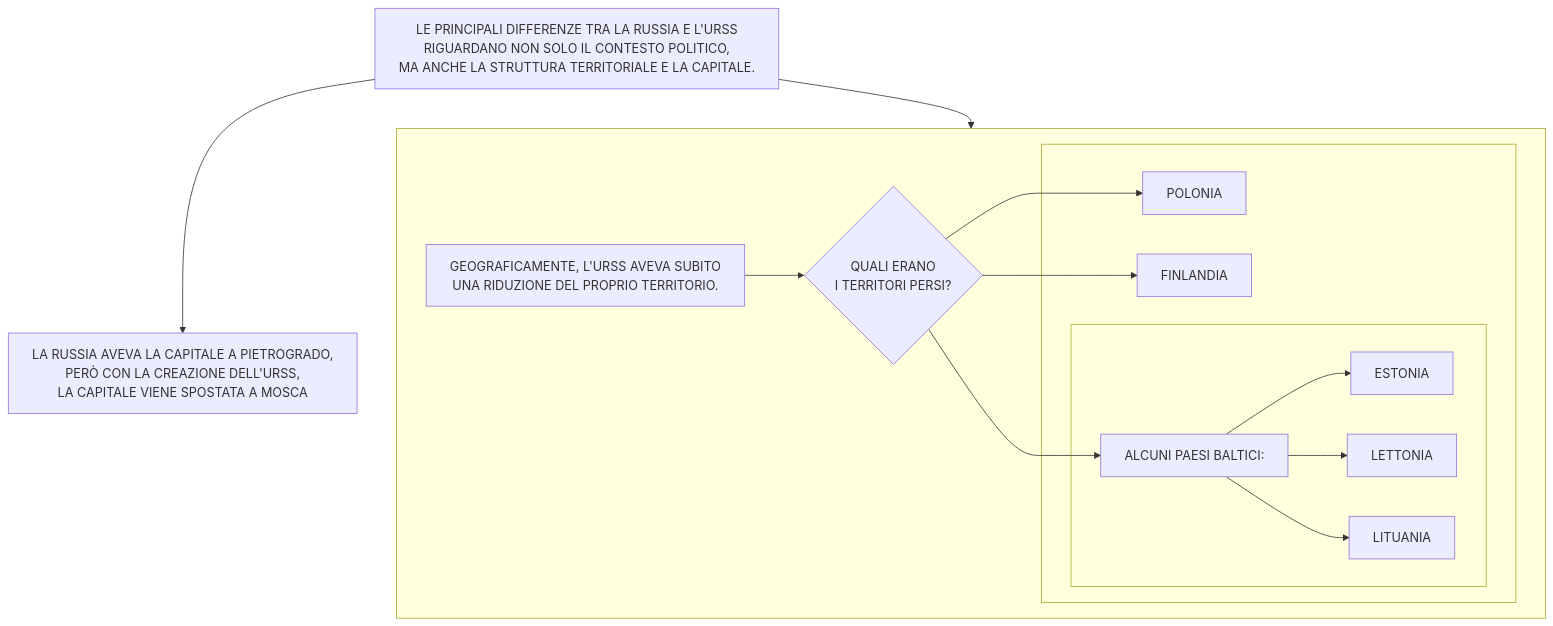
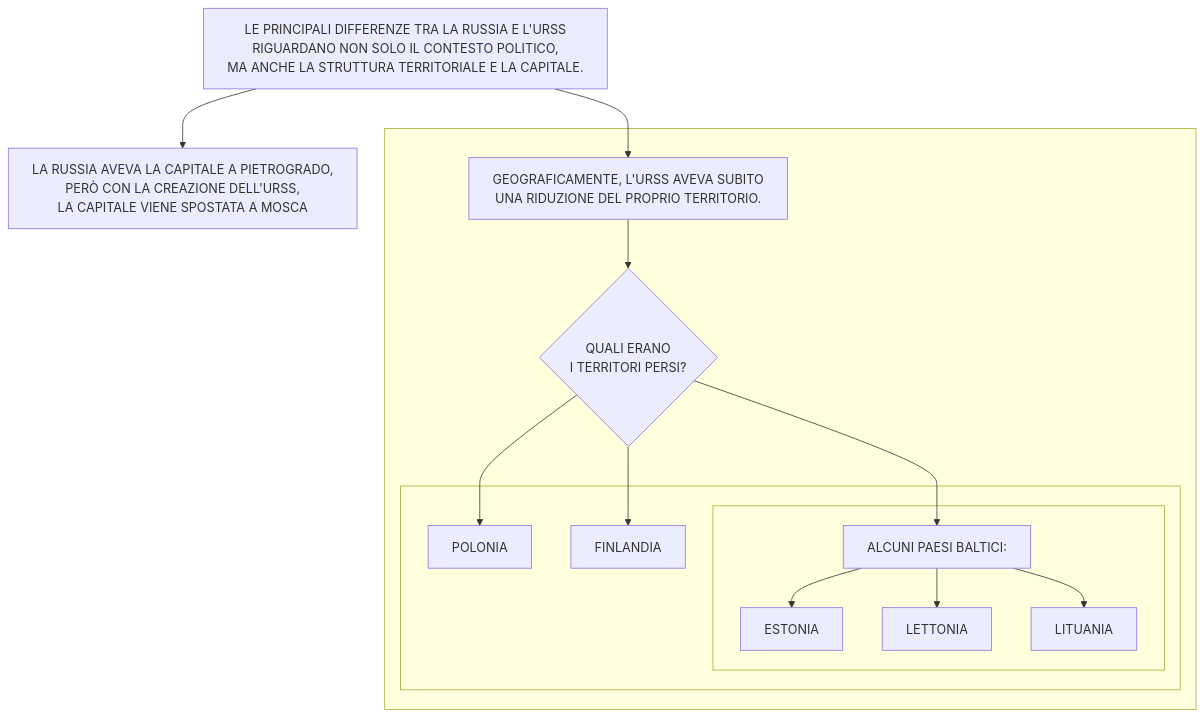
Before and after one commit to Laaouatni/ricerca-storia-MermaidJS: diagram 13 of 13 in stalinismoRiscrittura.md, drawn with Mermaid.

````diff
--- a/stalinismoRiscrittura.md
+++ b/stalinismoRiscrittura.md
@@ -243,25 +243,25 @@
 ```mermaid
 %%{init: { "flowchart": { "wrappingWidth": 800 } }}%%
 flowchart TB
   0[LE PRINCIPALI DIFFERENZE TRA LA RUSSIA E L'URSS <br> RIGUARDANO NON SOLO IL CONTESTO POLITICO, <br>MA ANCHE LA STRUTTURA TERRITORIALE E LA CAPITALE.]
   1[LA RUSSIA AVEVA LA CAPITALE A PIETROGRADO, <BR>PERÒ CON LA CREAZIONE DELL'URSS, <BR>LA CAPITALE VIENE SPOSTATA A MOSCA]
   subgraph 3[" "]
     2[GEOGRAFICAMENTE, L'URSS AVEVA SUBITO <BR>UNA RIDUZIONE DEL PROPRIO TERRITORIO.]
     4{QUALI ERANO <br> I TERRITORI PERSI?}
     2 --> 4
     subgraph 5[" "]
       50[POLONIA]
       51[FINLANDIA]
       subgraph 52[" "]
         6[ALCUNI PAESI BALTICI:]
         520[ESTONIA]
         521[LETTONIA]
         522[LITUANIA]
         6 --> 520 & 521 & 522
       end
     end
     4 --> 50 & 51 & 6
   end
   
-  0 --> 1 & 3
+  0 --> 1 & 2
 ```
````
